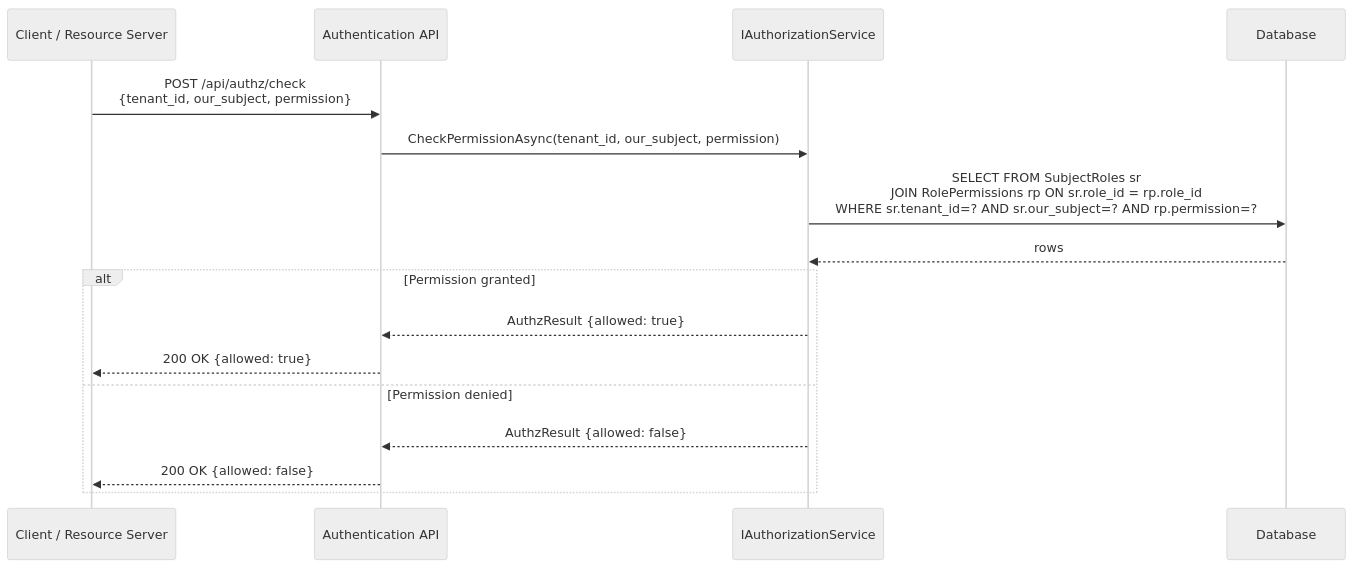
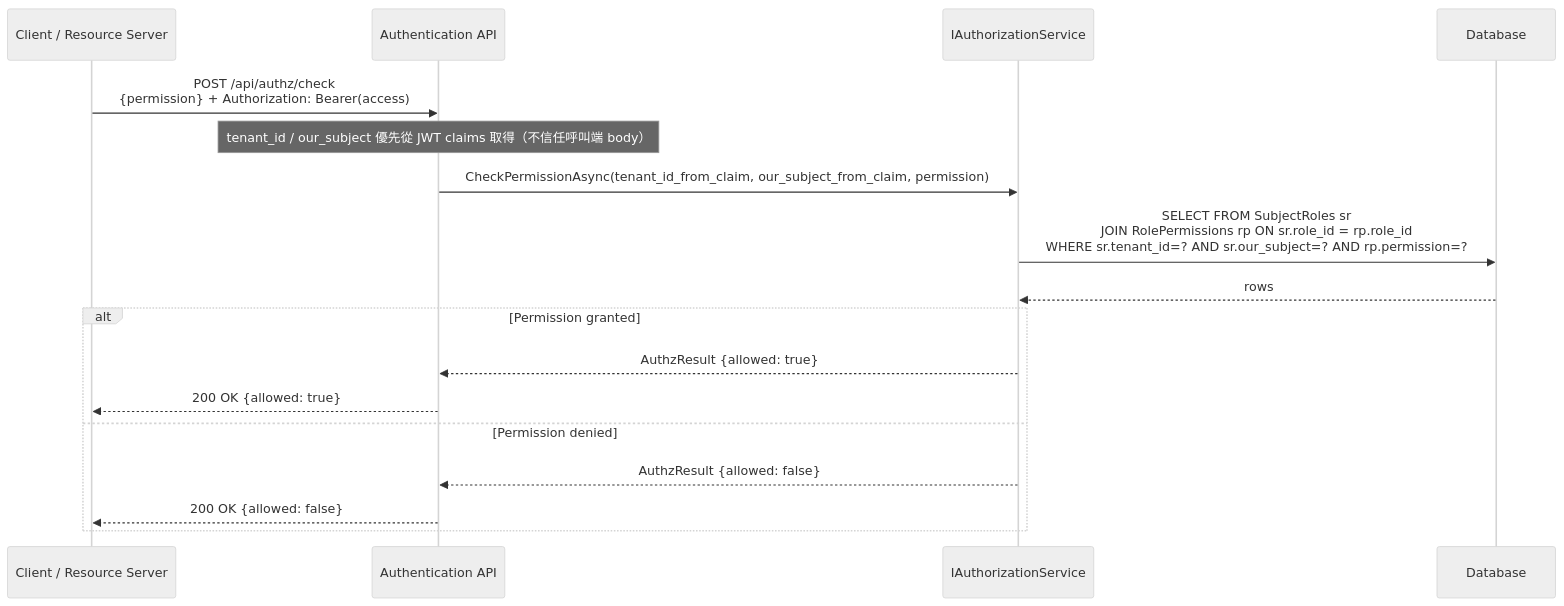
Before and after one commit to Bird73/Service: the ninth of 10 diagrams in docs/SequenceDiagrams.md, drawn with Mermaid (neutral theme). The commit also changed other lines of this file and 2 other files, not shown here.

Commit message:
Fix sequence diagrams (PKCE/nonce, authz claims) and add denylist abstraction

````diff
--- a/docs/SequenceDiagrams.md
+++ b/docs/SequenceDiagrams.md
@@ -250,20 +321,21 @@
 ```mermaid
 sequenceDiagram
-    participant C as Client / Resource Server
+    participant RS as Client / Resource Server
     participant API as Authentication API
     participant AZ as IAuthorizationService
     participant DB as Database
 
-    C->>API: POST /api/authz/check<br/>{tenant_id, our_subject, permission}
-    API->>AZ: CheckPermissionAsync(tenant_id, our_subject, permission)
+    RS->>API: POST /api/authz/check<br/>{permission} + Authorization: Bearer(access)
+    note over API: tenant_id / our_subject 優先從 JWT claims 取得（不信任呼叫端 body）
+    API->>AZ: CheckPermissionAsync(tenant_id_from_claim, our_subject_from_claim, permission)
     AZ->>DB: SELECT FROM SubjectRoles sr<br/>JOIN RolePermissions rp ON sr.role_id = rp.role_id<br/>WHERE sr.tenant_id=? AND sr.our_subject=? AND rp.permission=?
     DB-->>AZ: rows
 
     alt Permission granted
         AZ-->>API: AuthzResult {allowed: true}
-        API-->>C: 200 OK {allowed: true}
+        API-->>RS: 200 OK {allowed: true}
     else Permission denied
         AZ-->>API: AuthzResult {allowed: false}
-        API-->>C: 200 OK {allowed: false}
+        API-->>RS: 200 OK {allowed: false}
     end
 ```
````
